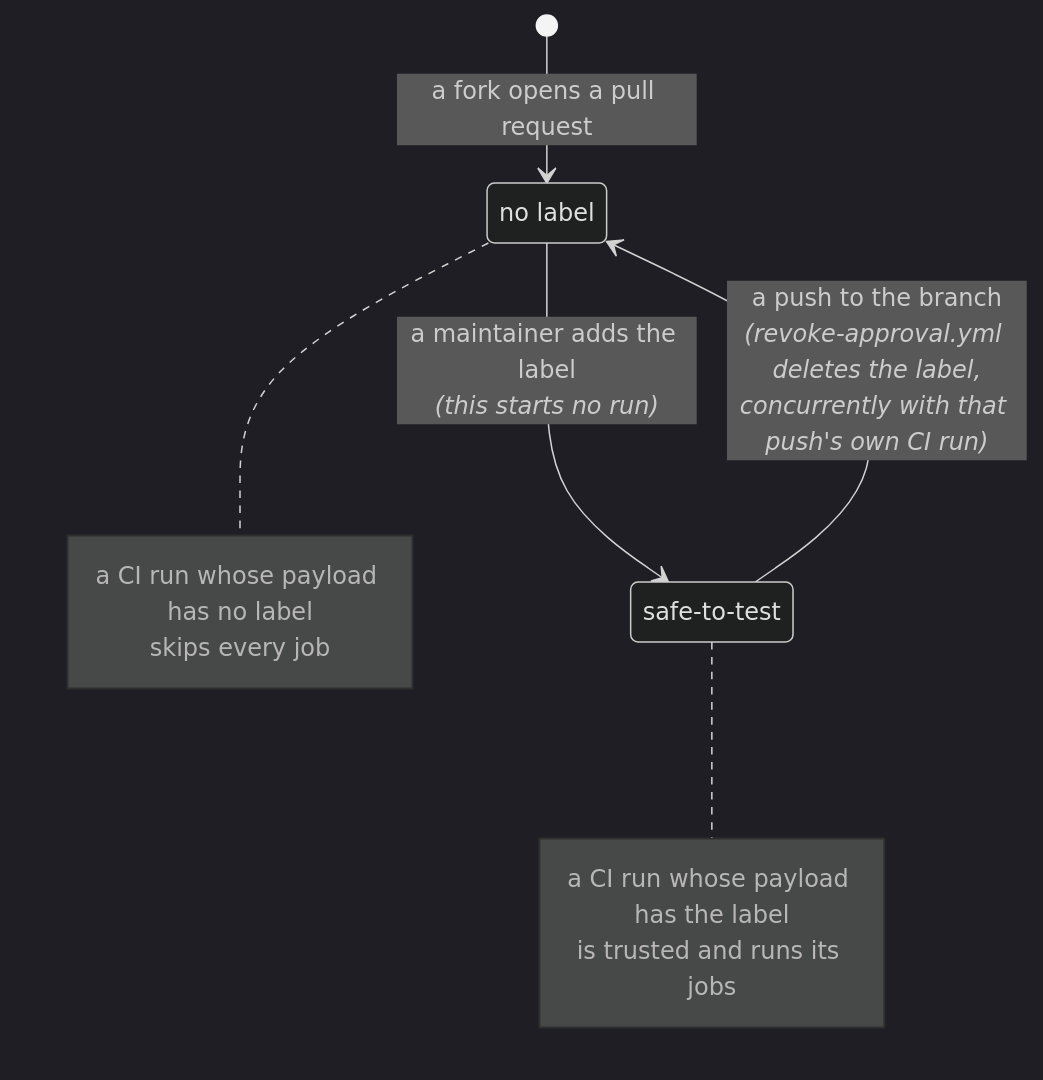
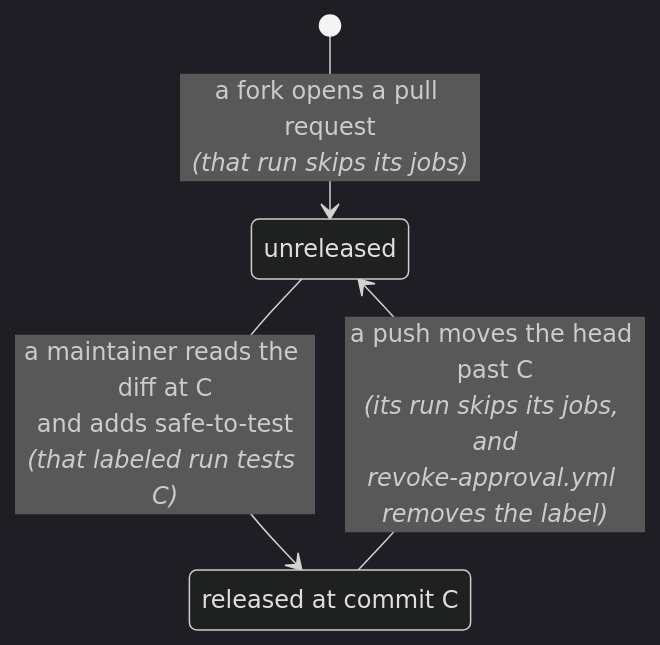
The second of 2 diagrams in docs/contributing.md (mgilbir/gojja2), drawn with Mermaid (dark theme) before and after one commit. The commit also changed other lines of this file and 3 other files, not shown here.

````diff
--- a/docs/contributing.md
+++ b/docs/contributing.md
@@ -810,16 +812,8 @@
 ```mermaid
 stateDiagram-v2
-    state "no label" as Unlabelled
-    state "safe-to-test" as Labelled
-    [*] --> Unlabelled: a fork opens a pull request
-    Unlabelled --> Labelled: a maintainer adds the label<br/><i>(this starts no run)</i>
-    Labelled --> Unlabelled: a push to the branch<br/><i>(revoke-approval.yml deletes the label,<br/>concurrently with that push's own CI run)</i>
-    note right of Unlabelled
-        a CI run whose payload has no label
-        skips every job
-    end note
-    note right of Labelled
-        a CI run whose payload has the label
-        is trusted and runs its jobs
-    end note
+    state "unreleased" as Waiting
+    state "released at commit C" as Released
+    [*] --> Waiting: a fork opens a pull request<br/><i>(that run skips its jobs)</i>
+    Waiting --> Released: a maintainer reads the diff at C<br/>and adds safe-to-test<br/><i>(that labeled run tests C)</i>
+    Released --> Waiting: a push moves the head past C<br/><i>(its run skips its jobs, and<br/>revoke-approval.yml removes the label)</i>
 ```
````
